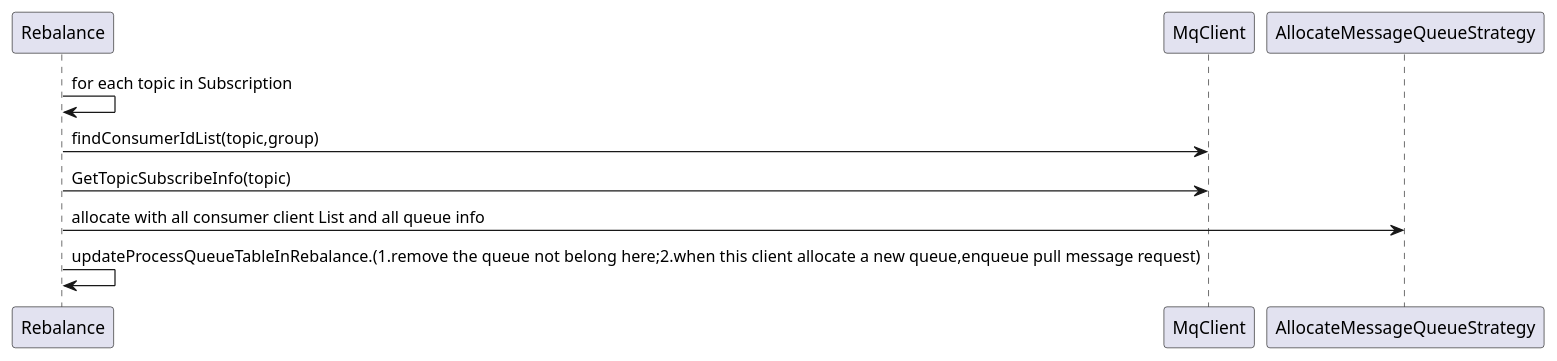
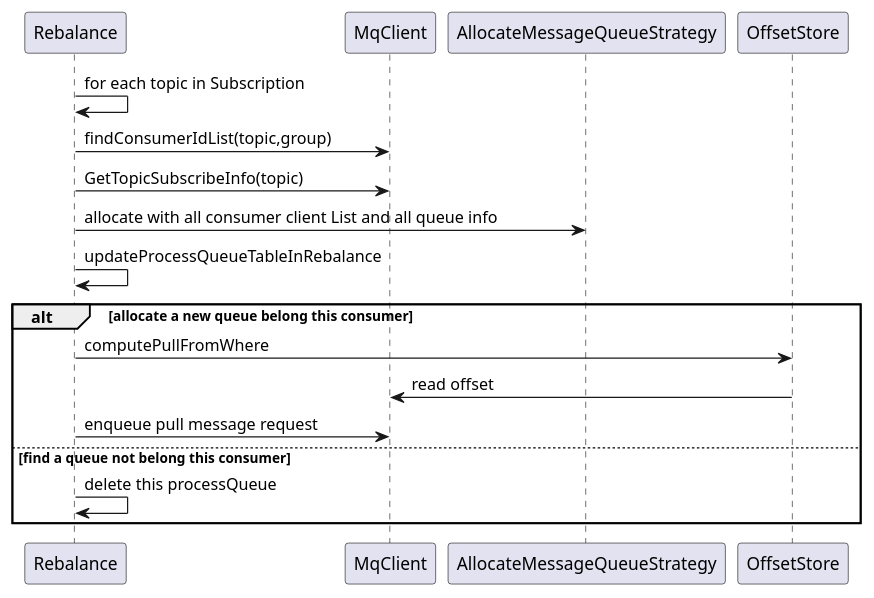
The diagram in rocketmq-go/docs/rebalance-timing-diagram.puml (apache/rocketmq-externals), drawn with PlantUML before and after one commit. The commit also changed 2 other files, not shown here.

Commit message:
heartbeat-timing-diagram

```diff
--- a/rocketmq-go/docs/rebalance-timing-diagram.puml
+++ b/rocketmq-go/docs/rebalance-timing-diagram.puml
@@ -1,7 +1,14 @@
 @startuml
 Rebalance ->Rebalance:for each topic in Subscription
 Rebalance->MqClient:findConsumerIdList(topic,group)
 Rebalance->MqClient:GetTopicSubscribeInfo(topic)
 Rebalance->AllocateMessageQueueStrategy:allocate with all consumer client List and all queue info
-Rebalance->Rebalance:updateProcessQueueTableInRebalance.(1.remove the queue not belong here;2.when this client allocate a new queue,enqueue pull message request)
+Rebalance->Rebalance:updateProcessQueueTableInRebalance
+alt allocate a new queue belong this consumer
+Rebalance->OffsetStore:computePullFromWhere
+OffsetStore->MqClient:read offset
+Rebalance->MqClient:enqueue pull message request
+else find a queue not belong this consumer
+Rebalance->Rebalance:delete this processQueue
+end
 @enduml
```
